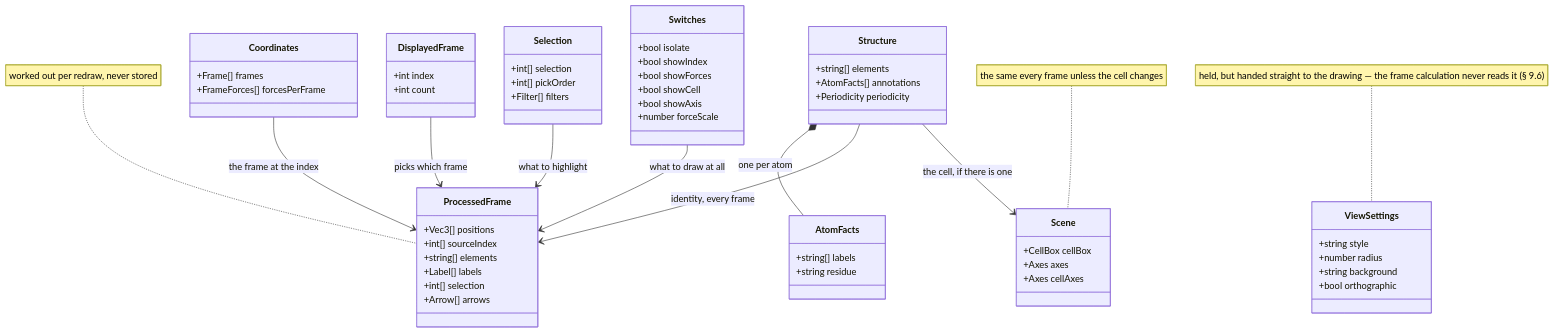
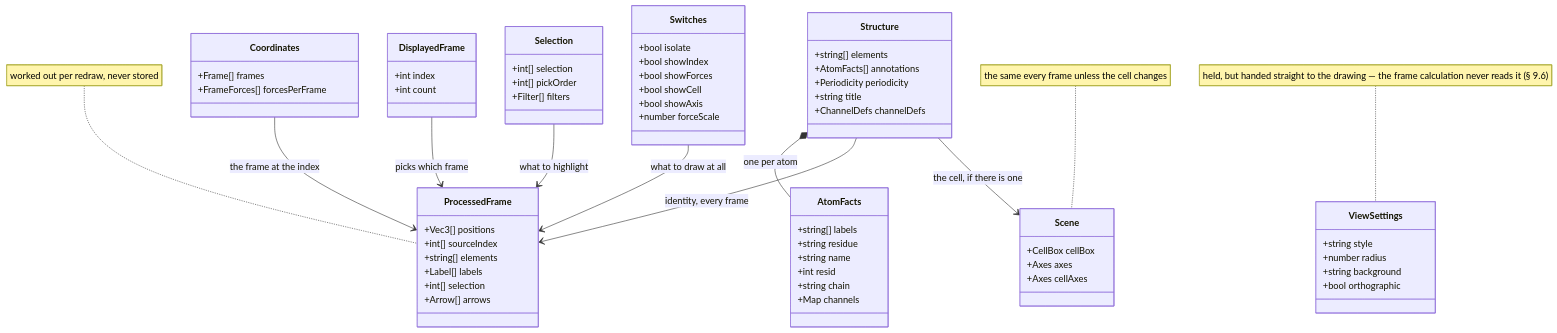
One commit to Qing-LAB/molbuilder changed the second of 10 diagrams in docs/web/molview.md. Above: the diagram before and after it, drawn with Mermaid. The commit also changed other lines of this file and 40 other files, not shown here.

````diff
--- a/docs/web/molview.md
+++ b/docs/web/molview.md
@@ -447,62 +447,68 @@
 ```mermaid
 classDiagram
     class Structure {
       +string[] elements
       +AtomFacts[] annotations
       +Periodicity periodicity
+      +string title
+      +ChannelDefs channelDefs
     }
     class AtomFacts {
       +string[] labels
       +string residue
+      +string name
+      +int resid
+      +string chain
+      +Map channels
     }
     class Coordinates {
       +Frame[] frames
       +FrameForces[] forcesPerFrame
     }
     class DisplayedFrame {
       +int index
       +int count
     }
     class Selection {
       +int[] selection
       +int[] pickOrder
       +Filter[] filters
     }
     class Switches {
       +bool isolate
       +bool showIndex
       +bool showForces
       +bool showCell
       +bool showAxis
       +number forceScale
     }
     class ProcessedFrame {
       +Vec3[] positions
       +int[] sourceIndex
       +string[] elements
       +Label[] labels
       +int[] selection
       +Arrow[] arrows
     }
     class Scene {
       +CellBox cellBox
       +Axes axes
       +Axes cellAxes
     }
     class ViewSettings {
       +string style
       +number radius
       +string background
       +bool orthographic
     }
     Structure *-- AtomFacts : one per atom
     Structure --> ProcessedFrame : identity, every frame
     Coordinates --> ProcessedFrame : the frame at the index
     DisplayedFrame --> ProcessedFrame : picks which frame
     Selection --> ProcessedFrame : what to highlight
     Switches --> ProcessedFrame : what to draw at all
     Structure --> Scene : the cell, if there is one
     note for ProcessedFrame "worked out per redraw, never stored"
     note for Scene "the same every frame unless the cell changes"
     note for ViewSettings "held, but handed straight to the drawing — the frame calculation never reads it (§ 9.6)"
 ```
````
